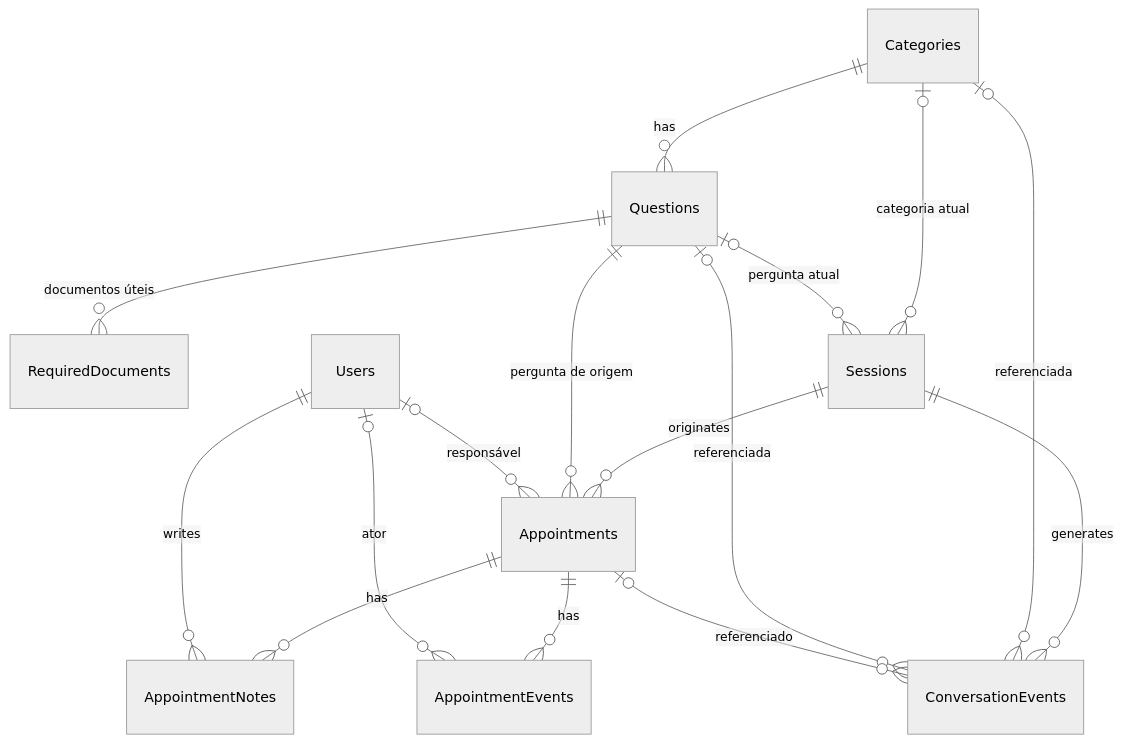
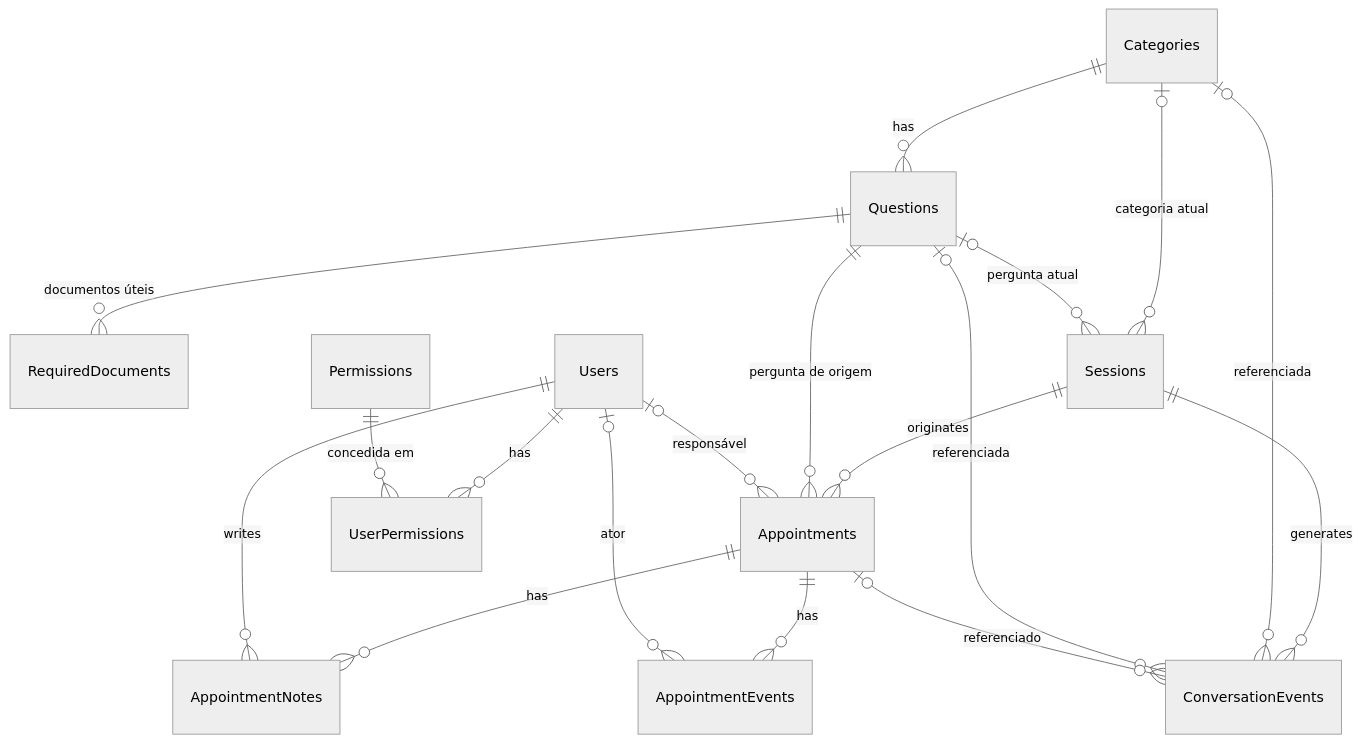
The diagram in .docs/database/database.md (Steel-Hard/ProconChat_Jacarei), drawn with Mermaid (neutral theme) before and after one commit. The commit also changed other lines of this file and 9 other files, not shown here.

````diff
--- a/.docs/database/database.md
+++ b/.docs/database/database.md
@@ -33,18 +34,20 @@
 ```mermaid
 erDiagram
     Categories ||--o{ Questions : has
     Questions ||--o{ RequiredDocuments : "documentos úteis"
     Categories |o--o{ Sessions : "categoria atual"
     Questions |o--o{ Sessions : "pergunta atual"
     Sessions ||--o{ ConversationEvents : generates
     Categories |o--o{ ConversationEvents : "referenciada"
     Questions |o--o{ ConversationEvents : "referenciada"
     Appointments |o--o{ ConversationEvents : "referenciado"
     Sessions ||--o{ Appointments : originates
     Questions ||--o{ Appointments : "pergunta de origem"
     Users |o--o{ Appointments : "responsável"
     Appointments ||--o{ AppointmentNotes : has
     Users ||--o{ AppointmentNotes : writes
     Appointments ||--o{ AppointmentEvents : has
     Users |o--o{ AppointmentEvents : "ator"
+    Users ||--o{ UserPermissions : has
+    Permissions ||--o{ UserPermissions : "concedida em"
 ```
````
